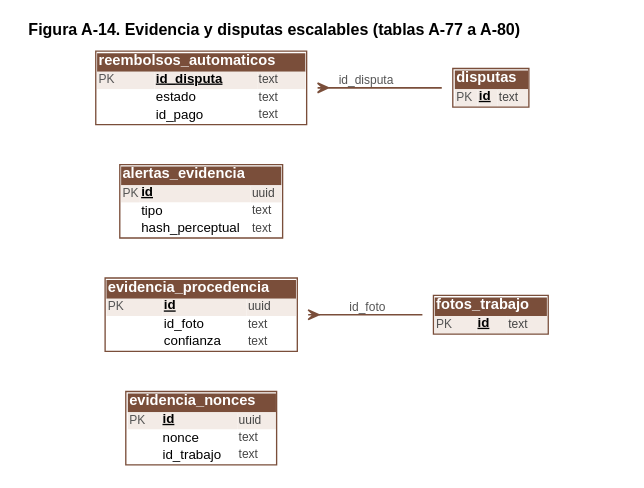
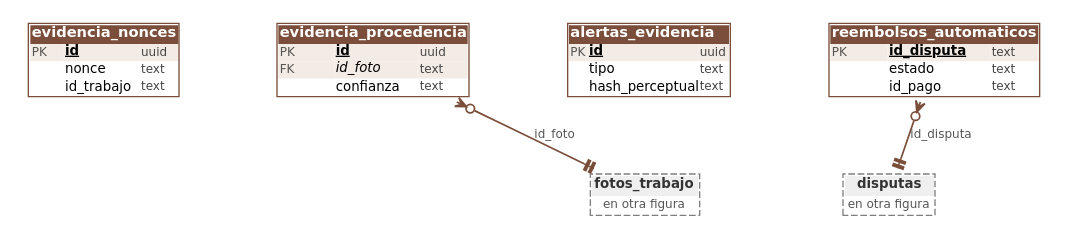
The diagram in MyWorksAppProyect/docs/modelo_er60/figuras/er80_14_evidencia_disputas.dot (nicoussj/Proyecto-Titulo-MyWorksApp), drawn with Graphviz before and after one commit. The commit also changed 15 other files, not shown here.

```diff
--- a/MyWorksAppProyect/docs/modelo_er60/figuras/er80_14_evidencia_disputas.dot
+++ b/MyWorksAppProyect/docs/modelo_er60/figuras/er80_14_evidencia_disputas.dot
@@ -1,13 +1,19 @@
 digraph x {
-graph [fontname="Helvetica", bgcolor="white", pad="0.08", nodesep="0.3", ranksep="0.45", splines="spline", rankdir="LR", labelloc="t", labeljust="l", label=<<font point-size="12"><b>Figura A-14. Evidencia y disputas escalables (tablas A-77 a A-80)</b></font>>];
-node [shape=plaintext, fontname="Helvetica"];
-edge [fontname="Helvetica", color="#7A4E3A", penwidth="1.2", arrowsize="0.8", dir="both"];
+graph [fontname="DejaVu Sans", bgcolor="white", pad="0.08", nodesep="0.4", ranksep="0.55", splines="spline", rankdir="TB", labelloc="t", labeljust="l"];
+node [shape=plaintext, fontname="DejaVu Sans"];
+edge [fontname="DejaVu Sans", color="#7A4E3A", penwidth="1.3", arrowsize="0.8", dir="both"];
 "evidencia_nonces" [label=<<table border="1" cellborder="0" cellspacing="0" cellpadding="1" color="#7A4E3A"><tr><td colspan="3" bgcolor="#7A4E3A" align="left"><font color="white" point-size="11"><b>evidencia_nonces</b></font></td></tr><tr><td align="left" bgcolor="#F3EBE6"><font point-size="9" color="#555555">PK</font></td><td align="left" bgcolor="#F3EBE6"><font point-size="10"><b><u>id</u></b></font></td><td align="left" bgcolor="#F3EBE6"><font point-size="9" color="#444444">uuid</font></td></tr><tr><td align="left" bgcolor="white"><font point-size="9" color="#555555"> </font></td><td align="left" bgcolor="white"><font point-size="10">nonce</font></td><td align="left" bgcolor="white"><font point-size="9" color="#444444">text</font></td></tr><tr><td align="left" bgcolor="white"><font point-size="9" color="#555555"> </font></td><td align="left" bgcolor="white"><font point-size="10">id_trabajo</font></td><td align="left" bgcolor="white"><font point-size="9" color="#444444">text</font></td></tr></table>>];
-"evidencia_procedencia" [label=<<table border="1" cellborder="0" cellspacing="0" cellpadding="1" color="#7A4E3A"><tr><td colspan="3" bgcolor="#7A4E3A" align="left"><font color="white" point-size="11"><b>evidencia_procedencia</b></font></td></tr><tr><td align="left" bgcolor="#F3EBE6"><font point-size="9" color="#555555">PK</font></td><td align="left" bgcolor="#F3EBE6"><font point-size="10"><b><u>id</u></b></font></td><td align="left" bgcolor="#F3EBE6"><font point-size="9" color="#444444">uuid</font></td></tr><tr><td align="left" bgcolor="white"><font point-size="9" color="#555555"> </font></td><td align="left" bgcolor="white"><font point-size="10">id_foto</font></td><td align="left" bgcolor="white"><font point-size="9" color="#444444">text</font></td></tr><tr><td align="left" bgcolor="white"><font point-size="9" color="#555555"> </font></td><td align="left" bgcolor="white"><font point-size="10">confianza</font></td><td align="left" bgcolor="white"><font point-size="9" color="#444444">text</font></td></tr></table>>];
+"evidencia_procedencia" [label=<<table border="1" cellborder="0" cellspacing="0" cellpadding="1" color="#7A4E3A"><tr><td colspan="3" bgcolor="#7A4E3A" align="left"><font color="white" point-size="11"><b>evidencia_procedencia</b></font></td></tr><tr><td align="left" bgcolor="#F3EBE6"><font point-size="9" color="#555555">PK</font></td><td align="left" bgcolor="#F3EBE6"><font point-size="10"><b><u>id</u></b></font></td><td align="left" bgcolor="#F3EBE6"><font point-size="9" color="#444444">uuid</font></td></tr><tr><td align="left" bgcolor="#F3EBE6"><font point-size="9" color="#555555">FK</font></td><td align="left" bgcolor="#F3EBE6"><font point-size="10"><i>id_foto</i></font></td><td align="left" bgcolor="#F3EBE6"><font point-size="9" color="#444444">text</font></td></tr><tr><td align="left" bgcolor="white"><font point-size="9" color="#555555"> </font></td><td align="left" bgcolor="white"><font point-size="10">confianza</font></td><td align="left" bgcolor="white"><font point-size="9" color="#444444">text</font></td></tr></table>>];
 "alertas_evidencia" [label=<<table border="1" cellborder="0" cellspacing="0" cellpadding="1" color="#7A4E3A"><tr><td colspan="3" bgcolor="#7A4E3A" align="left"><font color="white" point-size="11"><b>alertas_evidencia</b></font></td></tr><tr><td align="left" bgcolor="#F3EBE6"><font point-size="9" color="#555555">PK</font></td><td align="left" bgcolor="#F3EBE6"><font point-size="10"><b><u>id</u></b></font></td><td align="left" bgcolor="#F3EBE6"><font point-size="9" color="#444444">uuid</font></td></tr><tr><td align="left" bgcolor="white"><font point-size="9" color="#555555"> </font></td><td align="left" bgcolor="white"><font point-size="10">tipo</font></td><td align="left" bgcolor="white"><font point-size="9" color="#444444">text</font></td></tr><tr><td align="left" bgcolor="white"><font point-size="9" color="#555555"> </font></td><td align="left" bgcolor="white"><font point-size="10">hash_perceptual</font></td><td align="left" bgcolor="white"><font point-size="9" color="#444444">text</font></td></tr></table>>];
 "reembolsos_automaticos" [label=<<table border="1" cellborder="0" cellspacing="0" cellpadding="1" color="#7A4E3A"><tr><td colspan="3" bgcolor="#7A4E3A" align="left"><font color="white" point-size="11"><b>reembolsos_automaticos</b></font></td></tr><tr><td align="left" bgcolor="#F3EBE6"><font point-size="9" color="#555555">PK</font></td><td align="left" bgcolor="#F3EBE6"><font point-size="10"><b><u>id_disputa</u></b></font></td><td align="left" bgcolor="#F3EBE6"><font point-size="9" color="#444444">text</font></td></tr><tr><td align="left" bgcolor="white"><font point-size="9" color="#555555"> </font></td><td align="left" bgcolor="white"><font point-size="10">estado</font></td><td align="left" bgcolor="white"><font point-size="9" color="#444444">text</font></td></tr><tr><td align="left" bgcolor="white"><font point-size="9" color="#555555"> </font></td><td align="left" bgcolor="white"><font point-size="10">id_pago</font></td><td align="left" bgcolor="white"><font point-size="9" color="#444444">text</font></td></tr></table>>];
-"fotos_trabajo" [label=<<table border="1" cellborder="0" cellspacing="0" cellpadding="1" color="#7A4E3A"><tr><td colspan="3" bgcolor="#7A4E3A" align="left"><font color="white" point-size="11"><b>fotos_trabajo</b></font></td></tr><tr><td align="left" bgcolor="#F3EBE6"><font point-size="9" color="#555555">PK</font></td><td align="left" bgcolor="#F3EBE6"><font point-size="10"><b><u>id</u></b></font></td><td align="left" bgcolor="#F3EBE6"><font point-size="9" color="#444444">text</font></td></tr></table>>];
-"disputas" [label=<<table border="1" cellborder="0" cellspacing="0" cellpadding="1" color="#7A4E3A"><tr><td colspan="3" bgcolor="#7A4E3A" align="left"><font color="white" point-size="11"><b>disputas</b></font></td></tr><tr><td align="left" bgcolor="#F3EBE6"><font point-size="9" color="#555555">PK</font></td><td align="left" bgcolor="#F3EBE6"><font point-size="10"><b><u>id</u></b></font></td><td align="left" bgcolor="#F3EBE6"><font point-size="9" color="#444444">text</font></td></tr></table>>];
-"evidencia_procedencia" -> "fotos_trabajo" [arrowtail="crow", arrowhead="none", label=<<font point-size="9" color="#555555">id_foto</font>>];
-"reembolsos_automaticos" -> "disputas" [arrowtail="crow", arrowhead="none", label=<<font point-size="9" color="#555555">id_disputa</font>>];
+"fotos_trabajo" [label=<<table border="1" cellborder="0" cellspacing="0" cellpadding="2" color="#7F7F7F" style="dashed"><tr><td bgcolor="#EFEFEF"><font point-size="10" color="#333333"><b>fotos_trabajo</b></font></td></tr><tr><td><font point-size="9" color="#555555">en otra figura</font></td></tr></table>>];
+"disputas" [label=<<table border="1" cellborder="0" cellspacing="0" cellpadding="2" color="#7F7F7F" style="dashed"><tr><td bgcolor="#EFEFEF"><font point-size="10" color="#333333"><b>disputas</b></font></td></tr><tr><td><font point-size="9" color="#555555">en otra figura</font></td></tr></table>>];
+{ rank=same; "evidencia_nonces" "evidencia_procedencia" "alertas_evidencia" "reembolsos_automaticos" }
+"evidencia_nonces" -> "evidencia_procedencia" [style="invis", dir="none"];
+"evidencia_procedencia" -> "alertas_evidencia" [style="invis", dir="none"];
+"alertas_evidencia" -> "reembolsos_automaticos" [style="invis", dir="none"];
+{ rank=same; "fotos_trabajo" "disputas" }
+"fotos_trabajo" -> "disputas" [style="invis", dir="none"];
+"evidencia_procedencia" -> "fotos_trabajo" [arrowtail="crowodot", arrowhead="teetee", label=<<font point-size="9" color="#555555">id_foto</font>>];
+"reembolsos_automaticos" -> "disputas" [arrowtail="crowodot", arrowhead="teetee", label=<<font point-size="9" color="#555555">id_disputa</font>>];
 }
```
